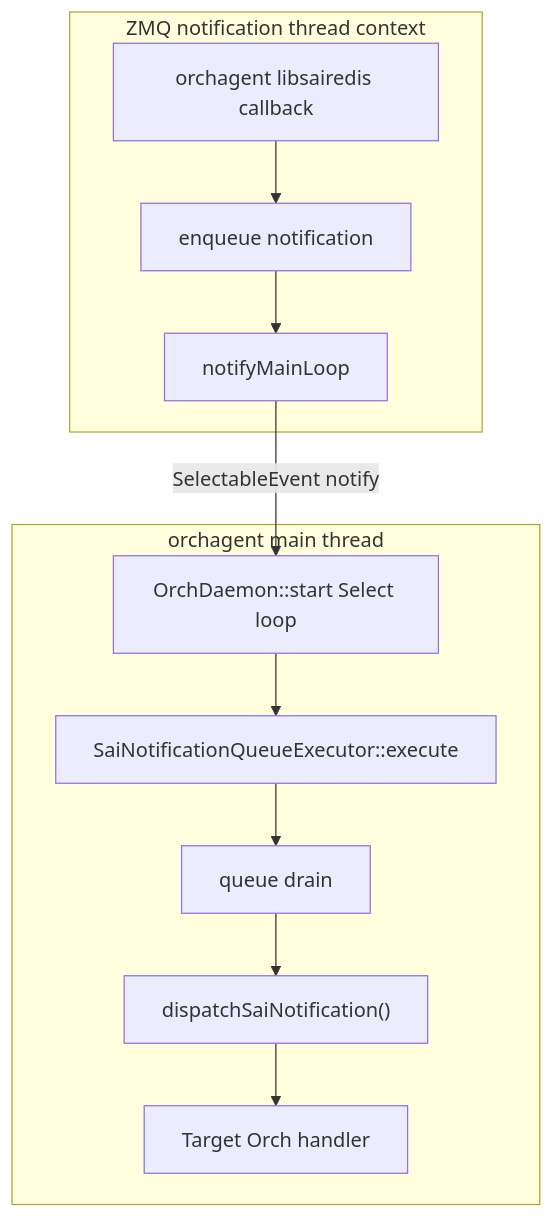
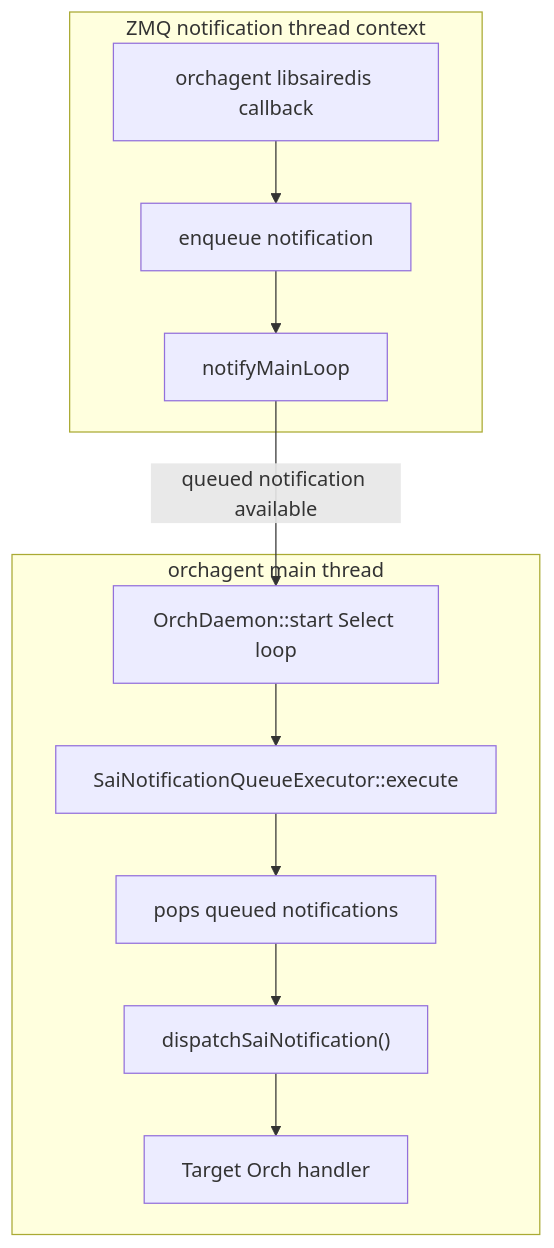
The ninth of 11 diagrams in hld/zmq-southbound-sai-notification-handling.md (sonic-net/sonic-buildimage), drawn with Mermaid before and after one commit. The commit also changed other lines of this file, not shown here.

First line of the commit message:
Update ZMQ southbound SAI notification HLD diagrams

````diff
--- a/hld/zmq-southbound-sai-notification-handling.md
+++ b/hld/zmq-southbound-sai-notification-handling.md
@@ -508,24 +604,24 @@
 ```mermaid
 flowchart TD
     subgraph zmqThreadContext["ZMQ notification thread context"]
         saiCallback["orchagent libsairedis callback"]
         enqueue["enqueue notification"]
         notifyMainLoop["notifyMainLoop"]
     end
 
     subgraph orchMainThread["orchagent main thread"]
         selectLoop["OrchDaemon::start Select loop"]
         queueExecutor["SaiNotificationQueueExecutor::execute"]
-        queueDrain["queue drain"]
+        queueDrain["pops queued notifications"]
         dispatcher["dispatchSaiNotification()"]
         orchHandler["Target Orch handler"]
     end
 
     saiCallback --> enqueue
     enqueue --> notifyMainLoop
-    notifyMainLoop -->|"SelectableEvent notify"| selectLoop
+    notifyMainLoop -->|"queued notification available"| selectLoop
     selectLoop --> queueExecutor
     queueExecutor --> queueDrain
     queueDrain --> dispatcher
     dispatcher --> orchHandler
 ```
````
